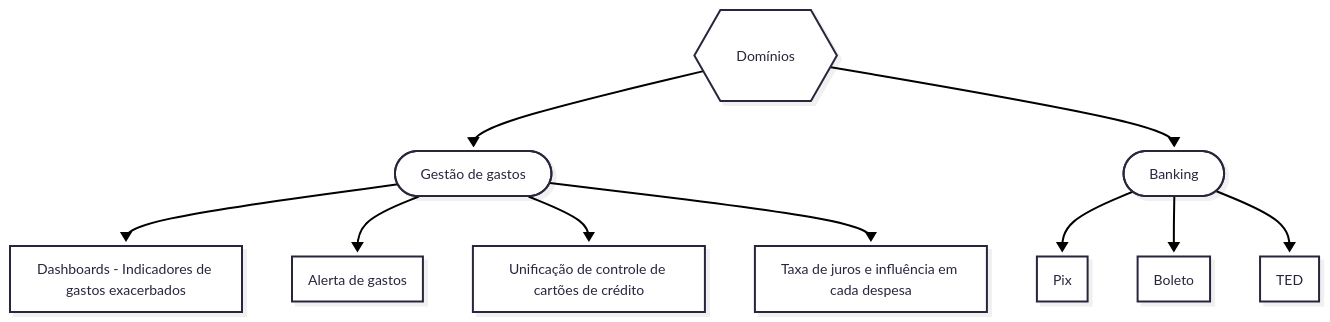
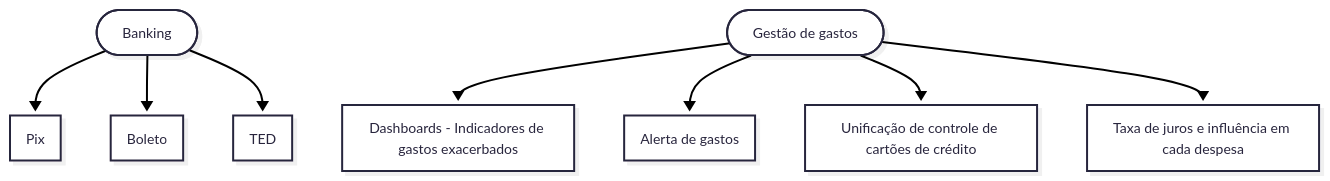
One commit to dasilvaoscar/concurrency-simulator changed the first of 3 diagrams in README.md. Above: the diagram before and after it, drawn with Mermaid.

````diff
--- a/README.md
+++ b/README.md
@@ -19,14 +19,11 @@
 ```mermaid
 ---
 config:
   theme: redux
   layout: dagre
   look: neo
 ---
 flowchart TB
     n1(["Banking"]) --> n2["Pix"] & n3["Boleto"] & n5["TED"]
     A(["Gestão de gastos"]) --> n4["Dashboards - Indicadores de gastos exacerbados"] & n6["Alerta de gastos"] & n7["Unificação de controle de cartões de crédito"] & n8["Taxa de juros e influência em cada despesa"]
-    n9["Domínios"] --> A & n1
-
-    n9@{ shape: hex}
 ```
````
